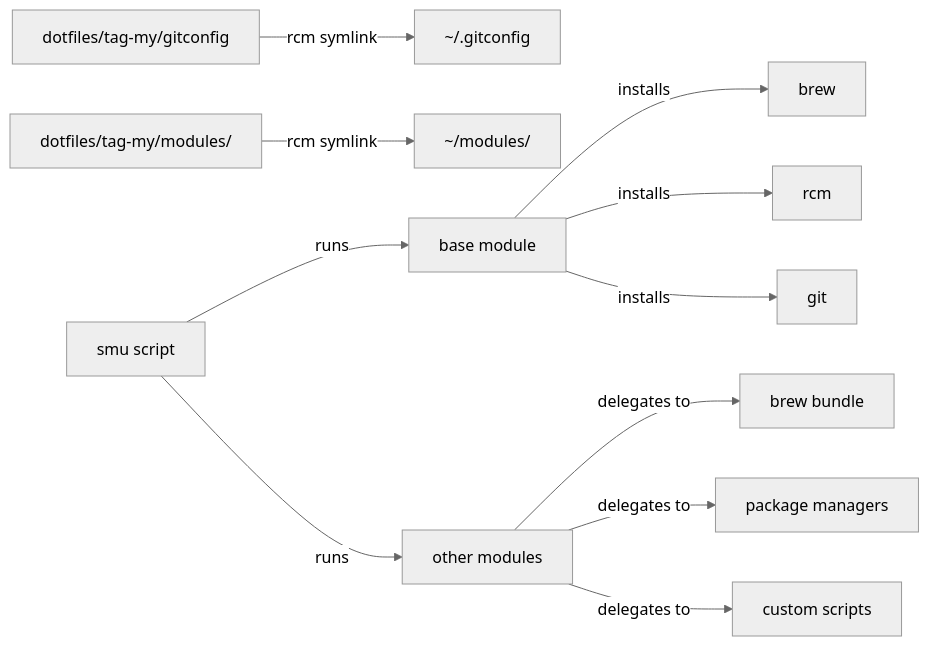
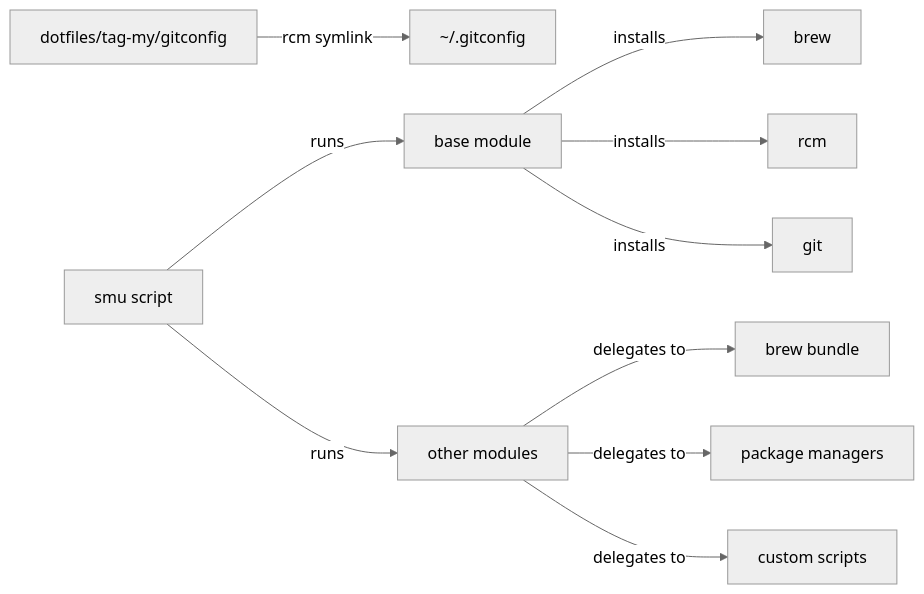
One commit to dotbrains/set-me-up-docs changed the third of 3 diagrams in README.md. Above: the diagram before and after it, drawn with Mermaid (neutral theme).

Commit message:
docs: simplify mermaid diagram in Under the Hood section
Remove redundant symlink example from flowchart

````diff
--- a/README.md
+++ b/README.md
@@ -243,13 +243,12 @@
 ```mermaid
 flowchart LR
     A[dotfiles/tag-my/gitconfig] -->|rcm symlink| B[~/.gitconfig]
-    C[dotfiles/tag-my/modules/] -->|rcm symlink| D[~/modules/]
     E[smu script] -->|runs| F[base module]
     F -->|installs| G[brew]
     F -->|installs| H[rcm]
     F -->|installs| I[git]
     E -->|runs| J[other modules]
     J -->|delegates to| K[brew bundle]
     J -->|delegates to| L[package managers]
     J -->|delegates to| M[custom scripts]
 ```
````
